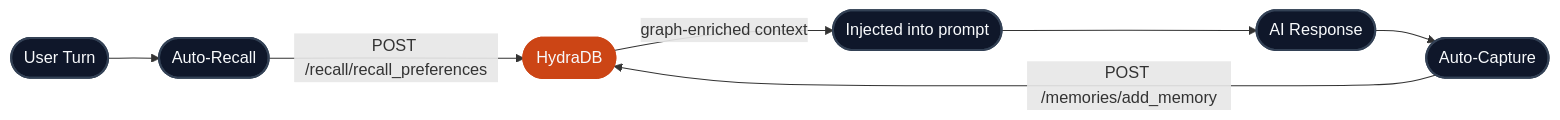
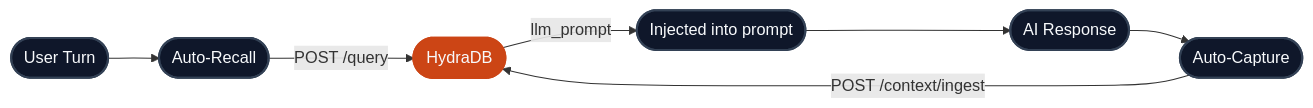
One commit to hydra-db/mintlify-docs changed the diagram in plugins/openclaw.mdx. Above: the diagram before and after it, drawn with Mermaid. The commit also changed other lines of this file and 115 other files, not shown here.

````diff
--- a/plugins/openclaw.mdx
+++ b/plugins/openclaw.mdx
@@ -134,16 +138,16 @@
 ```mermaid
 flowchart LR
   A([User Turn]) --> B([Auto-Recall])
-  B -->|POST /recall/recall_preferences| C([HydraDB])
-  C -->|graph-enriched context| D([Injected into prompt])
+  B -->|POST /query| C([HydraDB])
+  C -->|llm_prompt| D([Injected into prompt])
   D --> E([AI Response])
   E --> F([Auto-Capture])
-  F -->|POST /memories/add_memory| C
+  F -->|POST /context/ingest| C
 
   style A fill:#0f172a,stroke:#334155,stroke-width:2px,color:#f8fafc
   style B fill:#0f172a,stroke:#334155,stroke-width:2px,color:#f8fafc
   style C fill:#CC4515,stroke:#CC4515,stroke-width:2.5px,color:#f8fafc
   style D fill:#0f172a,stroke:#334155,stroke-width:2px,color:#f8fafc
   style E fill:#0f172a,stroke:#334155,stroke-width:2px,color:#f8fafc
   style F fill:#0f172a,stroke:#334155,stroke-width:2px,color:#f8fafc
 ```
````
